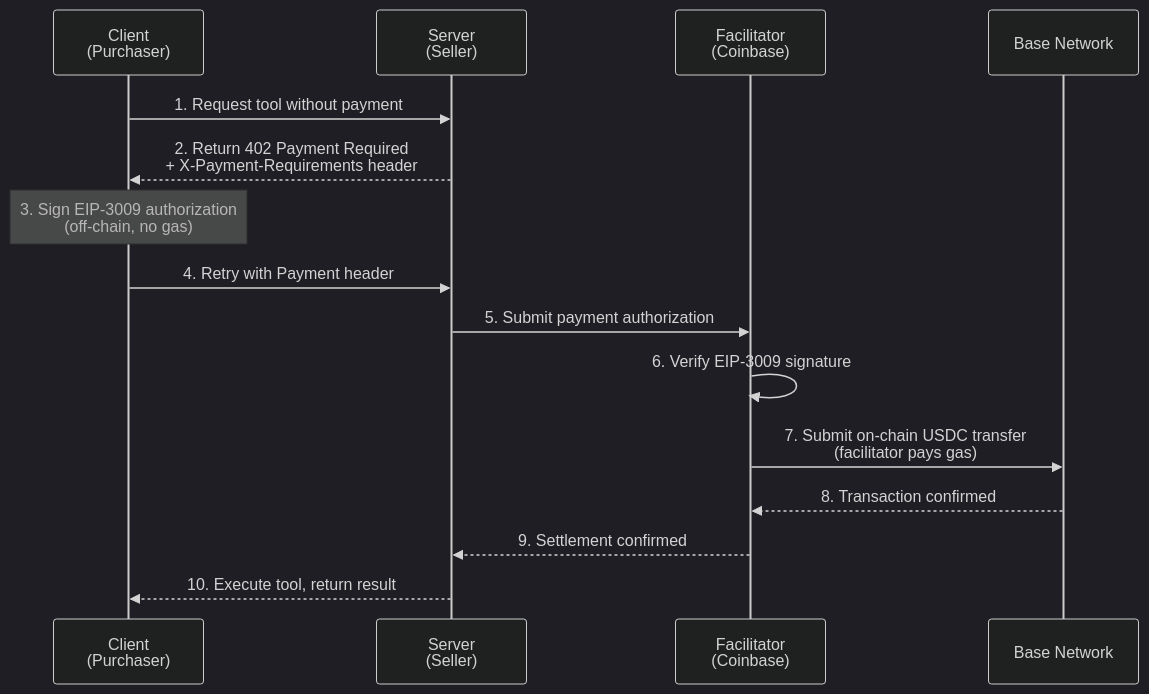
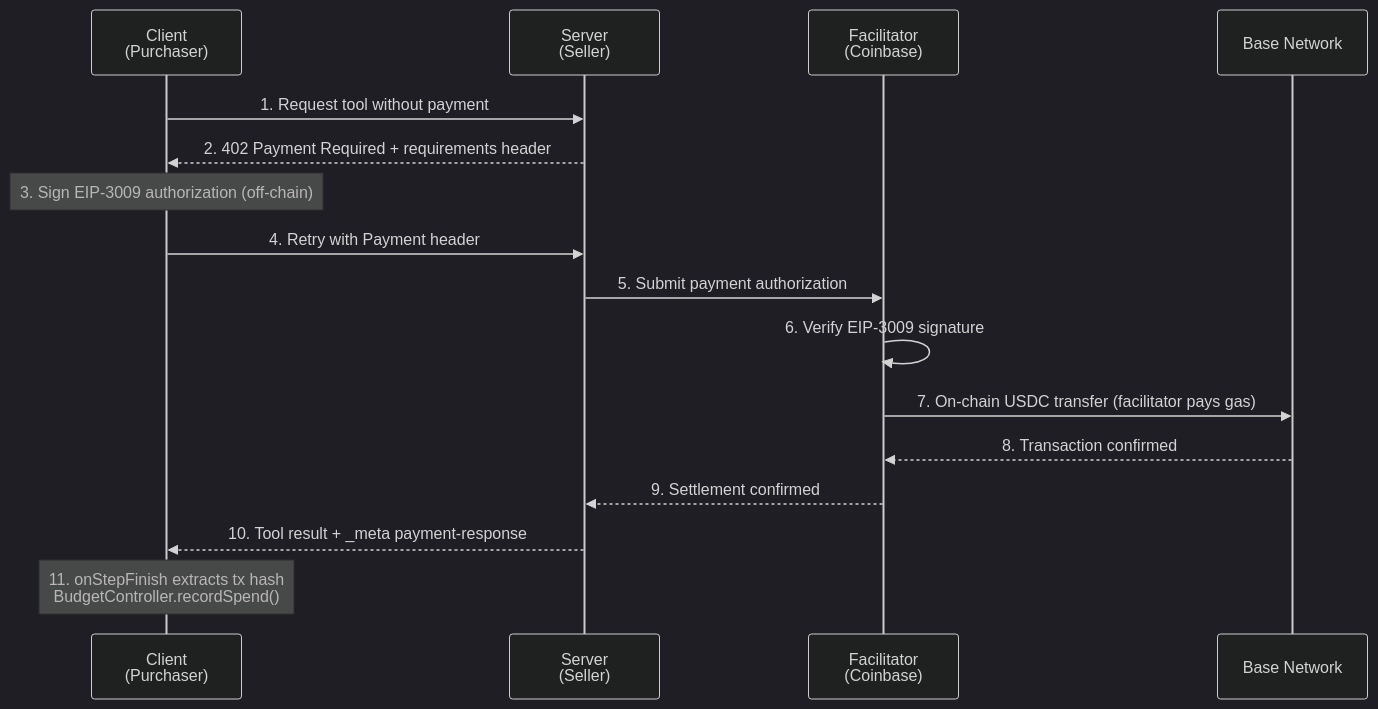
Before and after one commit to aijayz/x402-ai-agent: the third of 5 diagrams in reports/architecture-design.md, drawn with Mermaid (dark theme). The commit also changed other lines of this file and 53 other files, not shown here.

````diff
--- a/reports/architecture-design.md
+++ b/reports/architecture-design.md
@@ -187,22 +204,19 @@
 ```mermaid
 sequenceDiagram
     participant Client as Client<br/>(Purchaser)
     participant Server as Server<br/>(Seller)
     participant Facilitator as Facilitator<br/>(Coinbase)
     participant Network as Base Network
 
     Client->>Server: 1. Request tool without payment
-    Server-->>Client: 2. Return 402 Payment Required<br/>+ X-Payment-Requirements header
-
-    Note over Client: 3. Sign EIP-3009 authorization<br/>(off-chain, no gas)
-
+    Server-->>Client: 2. 402 Payment Required + requirements header
+    Note over Client: 3. Sign EIP-3009 authorization (off-chain)
     Client->>Server: 4. Retry with Payment header
-
     Server->>Facilitator: 5. Submit payment authorization
     Facilitator->>Facilitator: 6. Verify EIP-3009 signature
-    Facilitator->>Network: 7. Submit on-chain USDC transfer<br/>(facilitator pays gas)
+    Facilitator->>Network: 7. On-chain USDC transfer (facilitator pays gas)
     Network-->>Facilitator: 8. Transaction confirmed
     Facilitator-->>Server: 9. Settlement confirmed
-
-    Server-->>Client: 10. Execute tool, return result
+    Server-->>Client: 10. Tool result + _meta payment-response
+    Note over Client: 11. onStepFinish extracts tx hash<br/>BudgetController.recordSpend()
 ```
````
